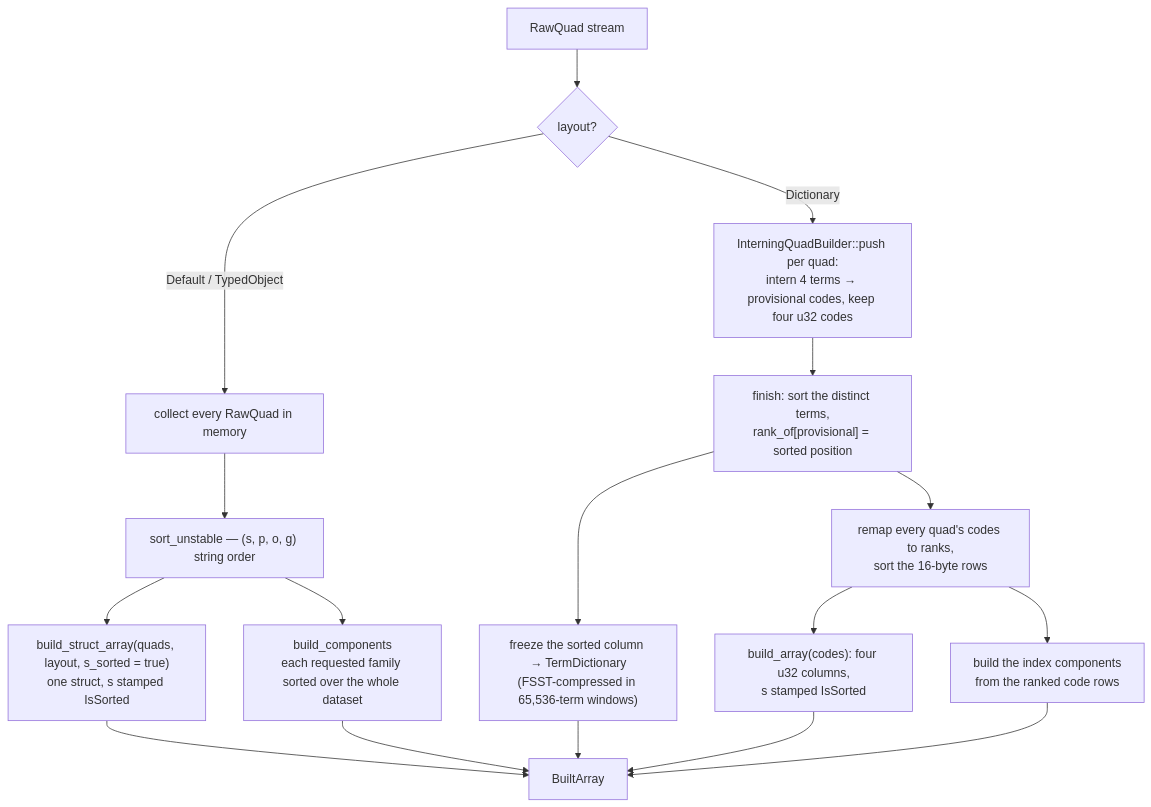
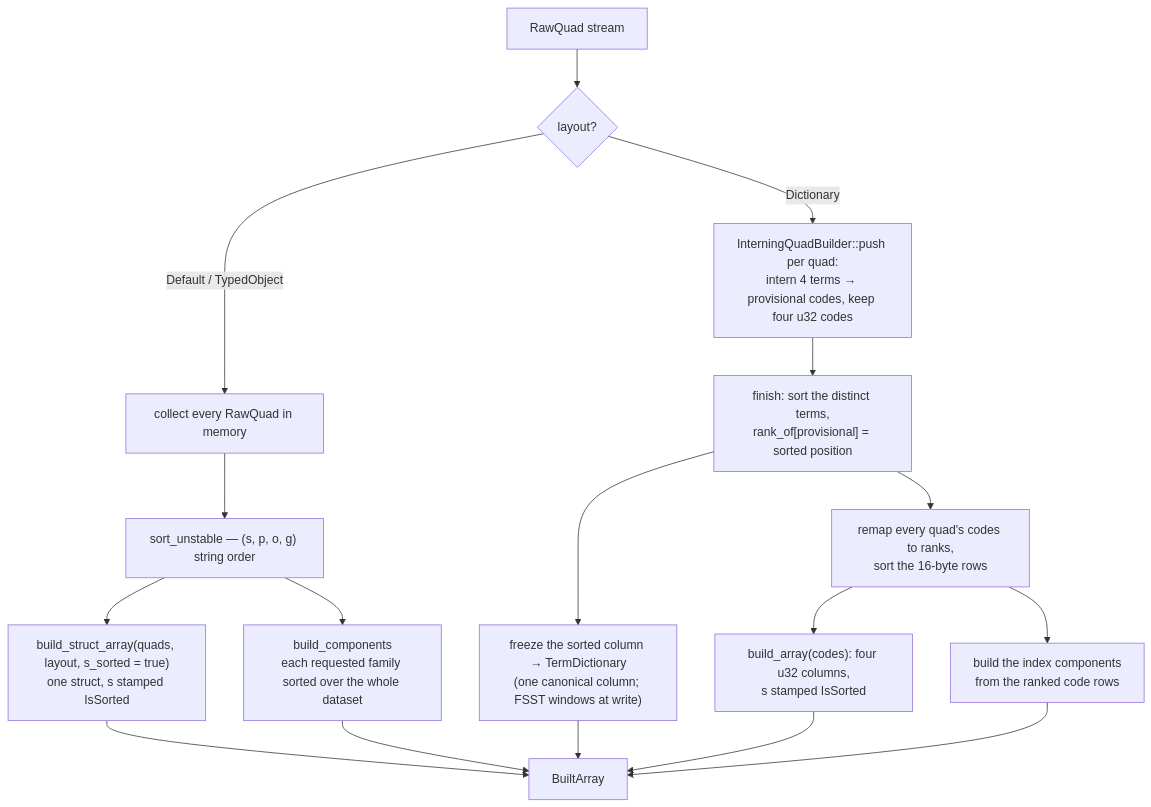
Before and after one commit to vortex-rdf/vortex-rdf: the second of 4 diagrams in docs/serialization.md, drawn with Mermaid. The commit also changed other lines of this file and 5 other files, not shown here.

````diff
--- a/docs/serialization.md
+++ b/docs/serialization.md
@@ -131,22 +131,22 @@
 ```mermaid
 flowchart TD
     S["RawQuad stream"] --> L{"layout?"}
 
     L -- "Default / TypedObject" --> A1["collect every RawQuad in memory"]
     A1 --> A2["sort_unstable — (s, p, o, g) string order"]
     A2 --> A3["build_struct_array(quads, layout, s_sorted = true)<br/>one struct, s stamped IsSorted"]
     A2 --> A4["build_components<br/>each requested family sorted over the whole dataset"]
 
     L -- "Dictionary" --> B1["InterningQuadBuilder::push per quad:<br/>intern 4 terms → provisional codes, keep four u32 codes"]
     B1 --> B2["finish: sort the distinct terms,<br/>rank_of[provisional] = sorted position"]
-    B2 --> B3["freeze the sorted column → TermDictionary<br/>(FSST-compressed in 65,536-term windows)"]
+    B2 --> B3["freeze the sorted column → TermDictionary<br/>(one canonical column; FSST windows at write)"]
     B2 --> B4["remap every quad's codes to ranks,<br/>sort the 16-byte rows"]
     B4 --> B5["build_array(codes): four u32 columns,<br/>s stamped IsSorted"]
     B4 --> B6["build the index components<br/>from the ranked code rows"]
 
     A3 --> R["BuiltArray"]
     A4 --> R
     B3 --> R
     B5 --> R
     B6 --> R
 ```
````
